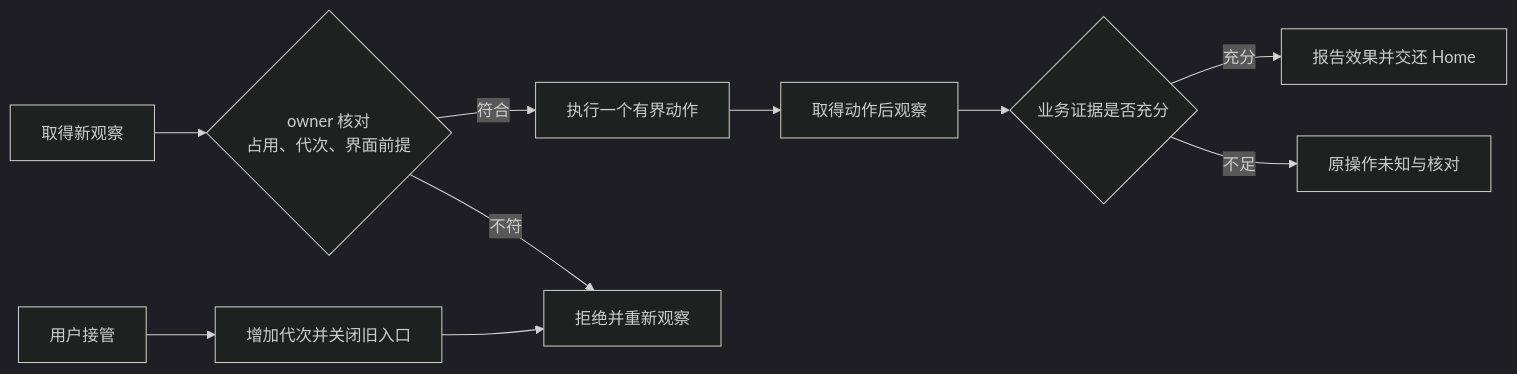
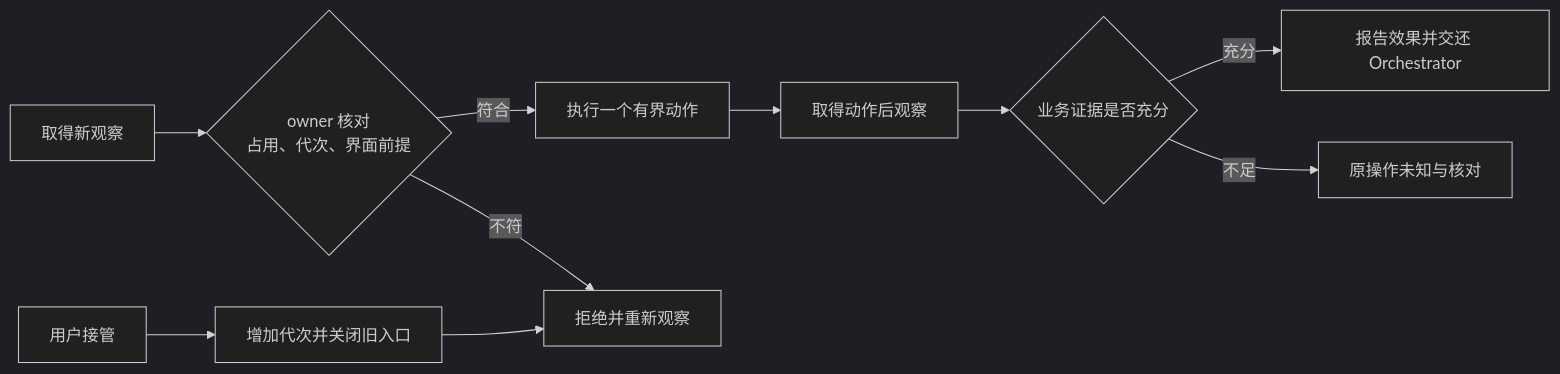
Before and after one commit to ruipengliu/lerna: the third of 3 diagrams in docs/architecture/execution/README.md, drawn with Mermaid (dark theme). The commit also changed other lines of this file and 174 other files, not shown here.

````diff
--- a/docs/architecture/execution/README.md
+++ b/docs/architecture/execution/README.md
@@ -154,12 +154,12 @@
 ```mermaid
 flowchart LR
     O[取得新观察] --> G{owner 核对<br/>占用、代次、界面前提}
     G -->|符合| A[执行一个有界动作]
     G -->|不符| R[拒绝并重新观察]
     A --> N[取得动作后观察]
     N --> V{业务证据是否充分}
-    V -->|充分| F[报告效果并交还 Home]
+    V -->|充分| F[报告效果并交还 Orchestrator]
     V -->|不足| U[原操作未知与核对]
     T[用户接管] --> E[增加代次并关闭旧入口]
     E --> R
 ```
````
